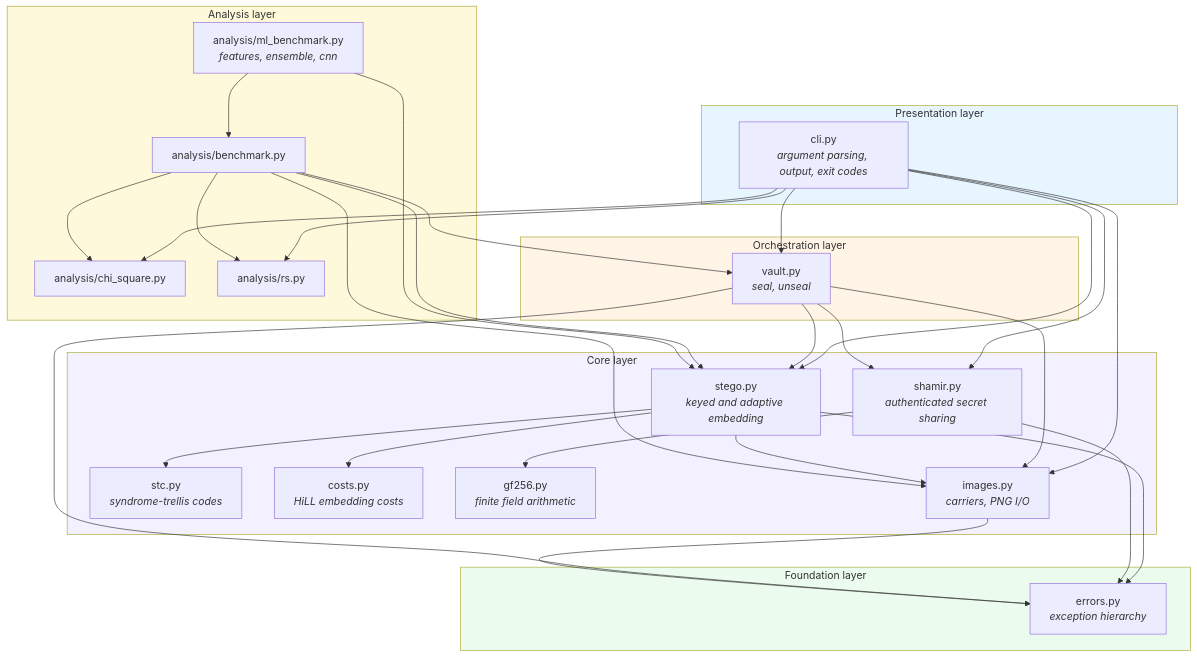
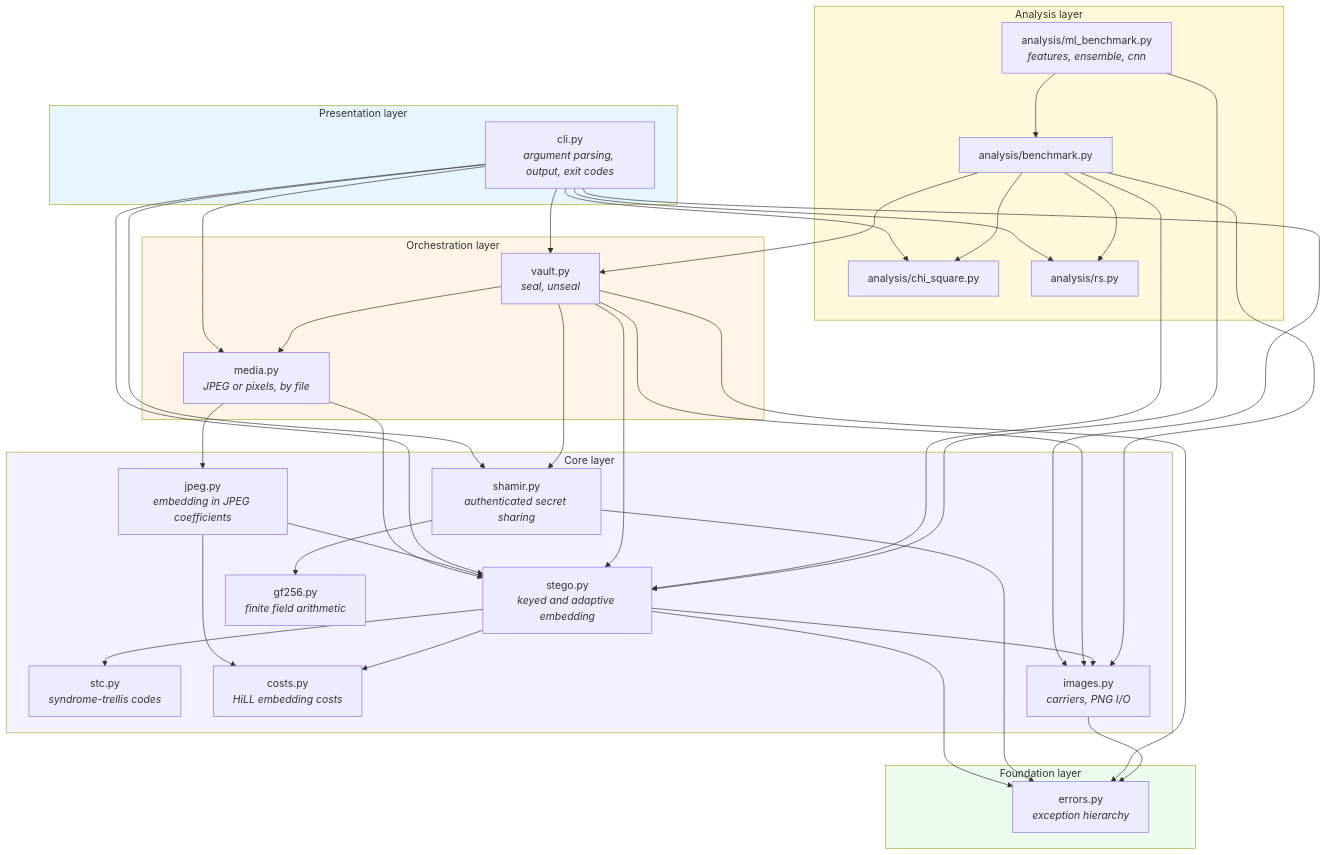
Before and after one commit to Just-Ipavon/shardpix: the second of 4 diagrams in docs/01-architecture.md, drawn with Mermaid. The commit also changed other lines of this file and 7 other files, not shown here.

````diff
--- a/docs/01-architecture.md
+++ b/docs/01-architecture.md
@@ -50,61 +50,69 @@
 ```mermaid
 graph TD
     subgraph presentation["Presentation layer"]
         CLI["cli.py<br/><i>argument parsing, output, exit codes</i>"]
     end
 
     subgraph orchestration["Orchestration layer"]
         VAULT["vault.py<br/><i>seal, unseal</i>"]
+        MEDIA["media.py<br/><i>JPEG or pixels, by file</i>"]
     end
 
     subgraph core["Core layer"]
         STEGO["stego.py<br/><i>keyed and adaptive embedding</i>"]
+        JPEG["jpeg.py<br/><i>embedding in JPEG coefficients</i>"]
         STC["stc.py<br/><i>syndrome-trellis codes</i>"]
         COSTS["costs.py<br/><i>HiLL embedding costs</i>"]
         SHAMIR["shamir.py<br/><i>authenticated secret sharing</i>"]
         GF["gf256.py<br/><i>finite field arithmetic</i>"]
         IMG["images.py<br/><i>carriers, PNG I/O</i>"]
     end
 
     subgraph analysis["Analysis layer"]
         CHI["analysis/chi_square.py"]
         RS["analysis/rs.py"]
         BENCH["analysis/benchmark.py"]
         ML["analysis/ml_benchmark.py<br/><i>features, ensemble, cnn</i>"]
     end
 
     subgraph foundation["Foundation layer"]
         ERR["errors.py<br/><i>exception hierarchy</i>"]
     end
 
     CLI --> VAULT
+    CLI --> MEDIA
+    VAULT --> MEDIA
+    MEDIA --> STEGO
+    MEDIA --> JPEG
+    JPEG --> STEGO
+    JPEG --> COSTS
     CLI --> STEGO
     CLI --> SHAMIR
     CLI --> CHI
     CLI --> RS
     CLI --> IMG
     VAULT --> STEGO
     VAULT --> SHAMIR
     VAULT --> IMG
     STEGO --> IMG
     STEGO --> STC
     STEGO --> COSTS
     SHAMIR --> GF
     BENCH --> STEGO
     BENCH --> VAULT
     BENCH --> CHI
     BENCH --> RS
     BENCH --> IMG
     ML --> STEGO
     ML --> BENCH
     STEGO --> ERR
     SHAMIR --> ERR
     VAULT --> ERR
     IMG --> ERR
 
     style presentation fill:#e7f5ff
     style orchestration fill:#fff4e6
     style core fill:#f3f0ff
     style analysis fill:#fff9db
     style foundation fill:#ebfbee
 ```
````
